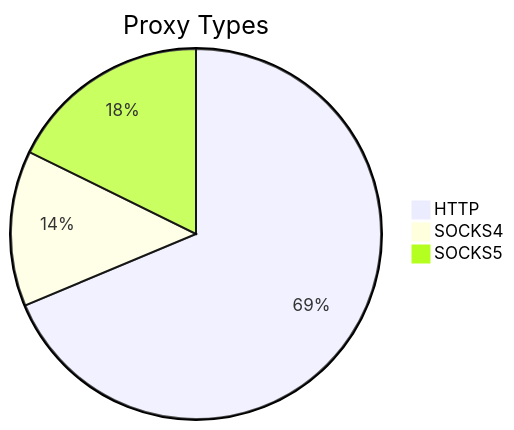
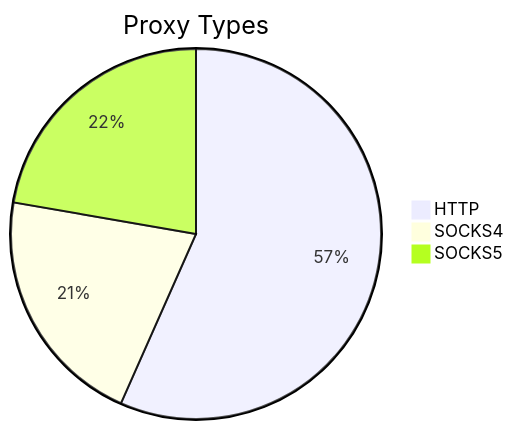
Before and after one commit to stormsia/proxy-list: the first of 2 diagrams in README.md, drawn with Mermaid. The commit also changed other lines of this file, not shown here.

````diff
--- a/README.md
+++ b/README.md
@@ -21,6 +21,6 @@
 ```mermaid
 pie title Proxy Types
-    "HTTP" : 496
-    "SOCKS4" : 98
-    "SOCKS5" : 128
+    "HTTP" : 580
+    "SOCKS4" : 216
+    "SOCKS5" : 228
 ```
````
